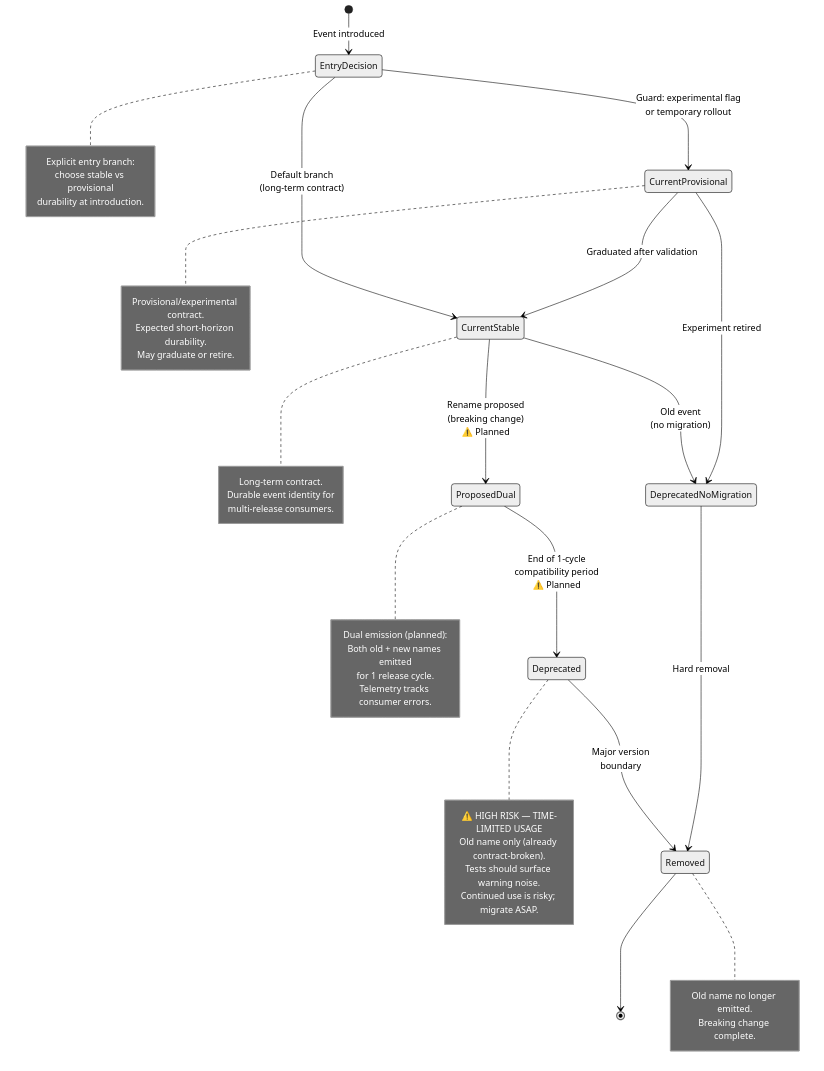
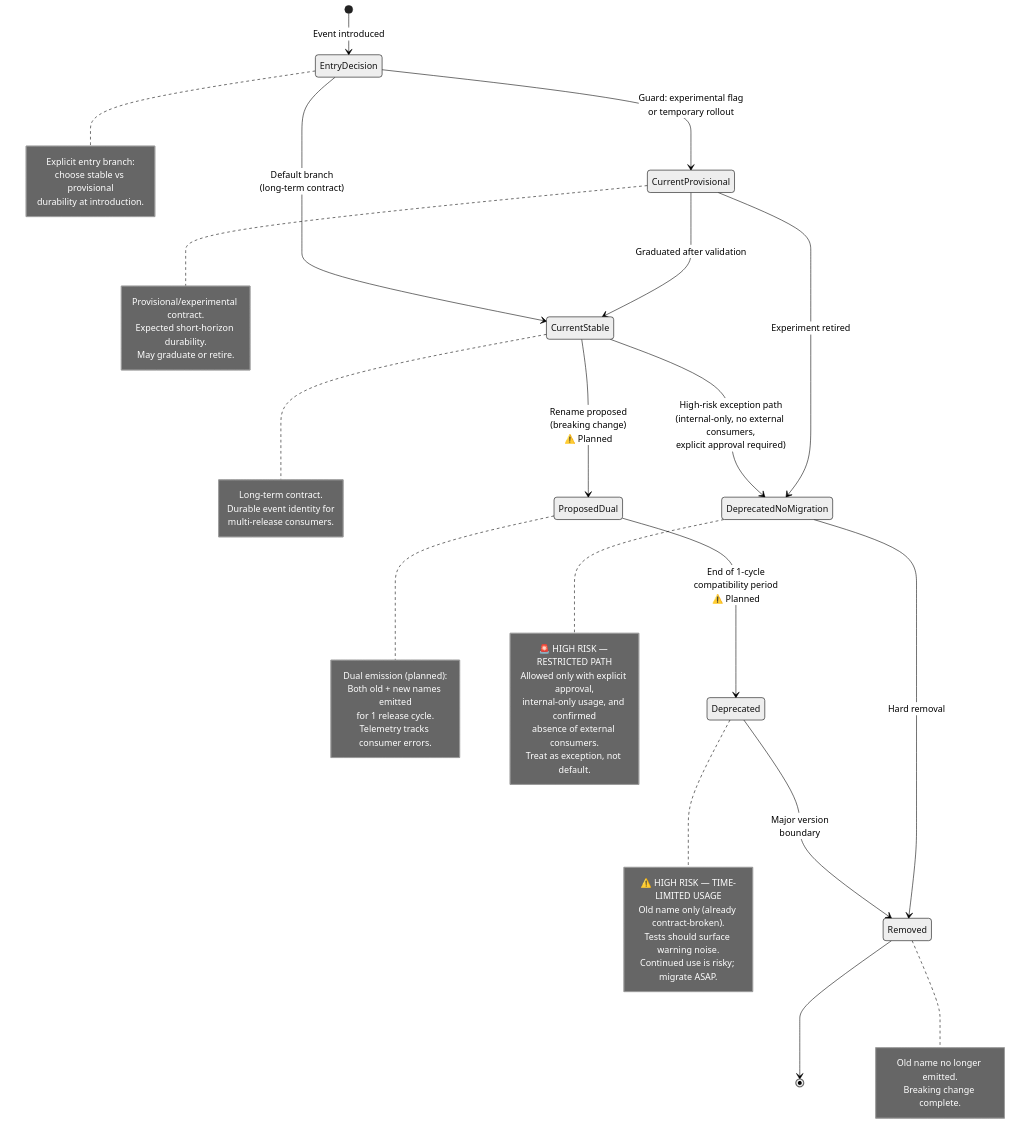
The second of 4 diagrams in design/productRequirementsDocuments/prdEventContracts.md (CyanAutomation/judokon), drawn with Mermaid (neutral theme) before and after one commit.

Commit message:
docs: mark DeprecatedNoMigration as restricted high-risk path (#5699)

````diff
--- a/design/productRequirementsDocuments/prdEventContracts.md
+++ b/design/productRequirementsDocuments/prdEventContracts.md
@@ -175,51 +175,59 @@
 ```mermaid
 stateDiagram-v2
     [*] --> EntryDecision: Event introduced
     EntryDecision --> CurrentStable: Default branch<br/>(long-term contract)
     EntryDecision --> CurrentProvisional: Guard: experimental flag<br/>or temporary rollout
     CurrentStable --> ProposedDual: Rename proposed<br/>(breaking change)<br/>⚠️ Planned
     ProposedDual --> Deprecated: End of 1-cycle<br/>compatibility period<br/>⚠️ Planned
     Deprecated --> Removed: Major version<br/>boundary
-    CurrentStable --> DeprecatedNoMigration: Old event<br/>(no migration)
+    CurrentStable --> DeprecatedNoMigration: High-risk exception path<br/>(internal-only, no external consumers,<br/>explicit approval required)
     CurrentProvisional --> CurrentStable: Graduated after validation
     CurrentProvisional --> DeprecatedNoMigration: Experiment retired
     DeprecatedNoMigration --> Removed: Hard removal
     Removed --> [*]
 
     note right of EntryDecision
         Explicit entry branch:
         choose stable vs provisional
         durability at introduction.
     end note
 
     note right of CurrentStable
         Long-term contract.
         Durable event identity for
         multi-release consumers.
     end note
 
     note right of CurrentProvisional
         Provisional/experimental contract.
         Expected short-horizon durability.
         May graduate or retire.
     end note
 
     note right of ProposedDual
         Dual emission (planned):
         Both old + new names emitted
         for 1 release cycle.
         Telemetry tracks consumer errors.
     end note
 
     note right of Deprecated
         ⚠️ HIGH RISK — TIME-LIMITED USAGE
         Old name only (already contract-broken).
         Tests should surface warning noise.
         Continued use is risky; migrate ASAP.
     end note
 
+    note right of DeprecatedNoMigration
+        🚨 HIGH RISK — RESTRICTED PATH
+        Allowed only with explicit approval,
+        internal-only usage, and confirmed
+        absence of external consumers.
+        Treat as exception, not default.
+    end note
+
     note right of Removed
         Old name no longer emitted.
         Breaking change complete.
     end note
 ```
````
